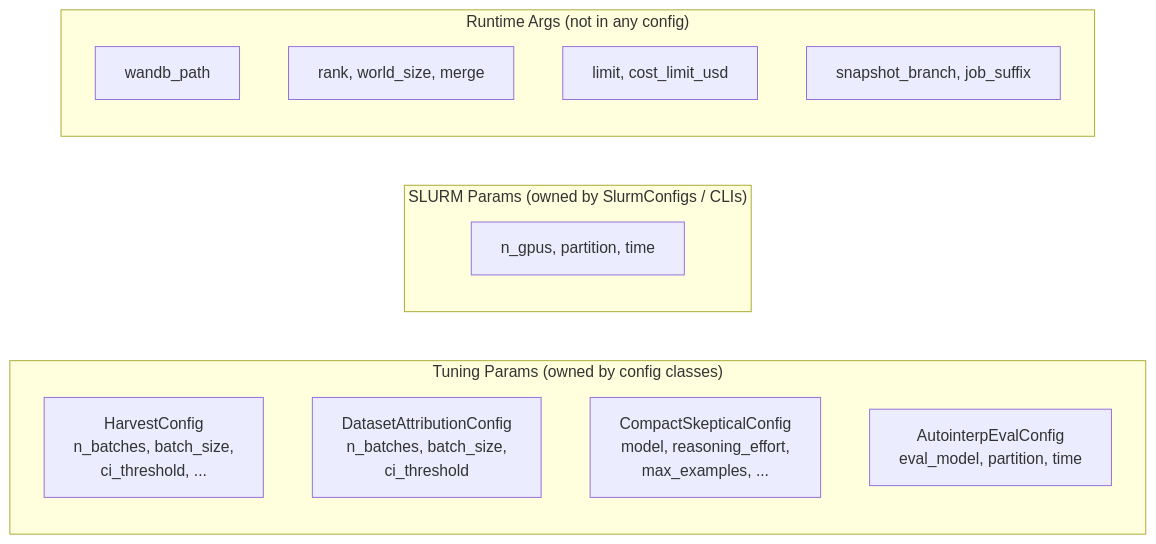
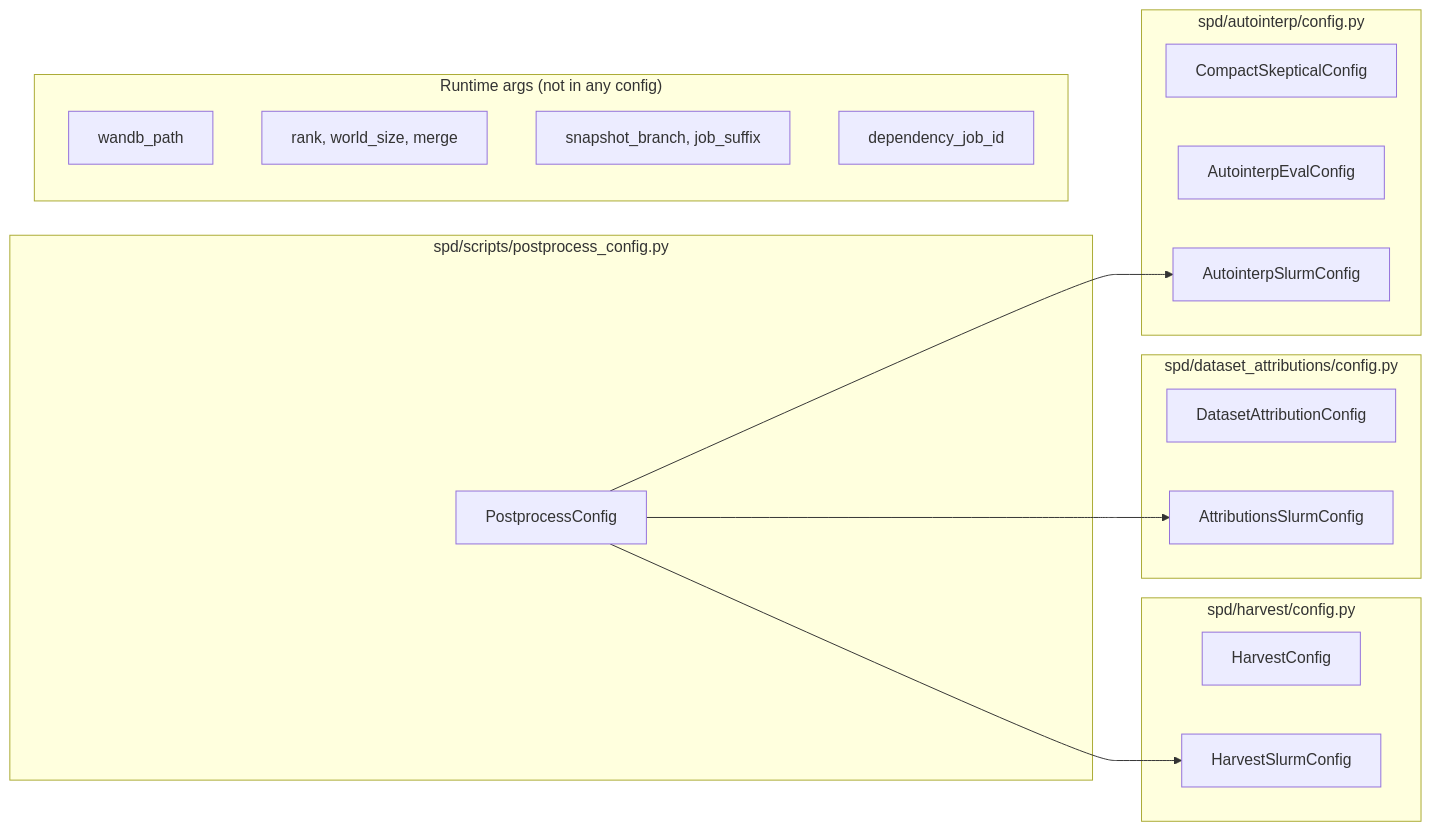
Before and after one commit to goodfire-ai/spd: the third of 3 diagrams in spd/scripts/postprocess_architecture.md, drawn with Mermaid. The commit also changed other lines of this file and 28 other files, not shown here.

First line of the commit message:
Extract configs into config.py files, flatten harvest/lib/, add AppTokenizer.from_pretrained

````diff
--- a/spd/scripts/postprocess_architecture.md
+++ b/spd/scripts/postprocess_architecture.md
@@ -99,20 +99,31 @@
 ```mermaid
 graph LR
-    subgraph "Tuning Params (owned by config classes)"
-        HC2["HarvestConfig<br/>n_batches, batch_size,<br/>ci_threshold, ..."]
-        DAC2["DatasetAttributionConfig<br/>n_batches, batch_size,<br/>ci_threshold"]
-        CSC2["CompactSkepticalConfig<br/>model, reasoning_effort,<br/>max_examples, ..."]
-        AEC2["AutointerpEvalConfig<br/>eval_model, partition, time"]
+    subgraph "spd/harvest/config.py"
+        HC2["HarvestConfig"]
+        HSC2["HarvestSlurmConfig"]
     end
 
-    subgraph "SLURM Params (owned by SlurmConfigs / CLIs)"
-        S1["n_gpus, partition, time"]
+    subgraph "spd/dataset_attributions/config.py"
+        DAC2["DatasetAttributionConfig"]
+        ASC2["AttributionsSlurmConfig"]
     end
 
-    subgraph "Runtime Args (not in any config)"
+    subgraph "spd/autointerp/config.py"
+        CSC2["CompactSkepticalConfig"]
+        AEC2["AutointerpEvalConfig"]
+        AISC2["AutointerpSlurmConfig"]
+    end
+
+    subgraph "spd/scripts/postprocess_config.py"
+        PC2["PostprocessConfig"]
+    end
+
+    PC2 --> HSC2 & ASC2 & AISC2
+
+    subgraph "Runtime args (not in any config)"
         R1["wandb_path"]
         R2["rank, world_size, merge"]
-        R3["limit, cost_limit_usd"]
-        R4["snapshot_branch, job_suffix"]
+        R3["snapshot_branch, job_suffix"]
+        R4["dependency_job_id"]
     end
 ```
````
